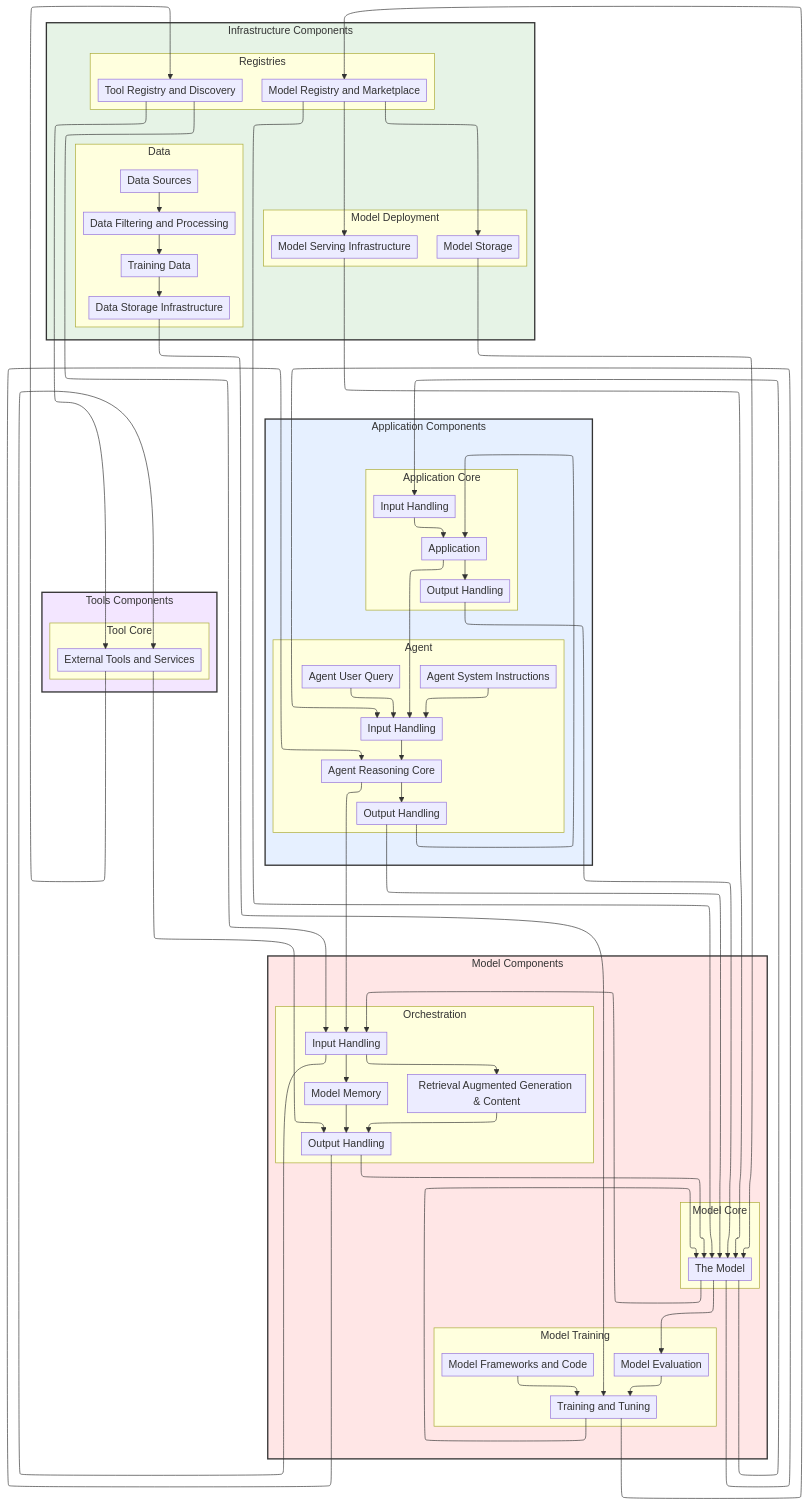
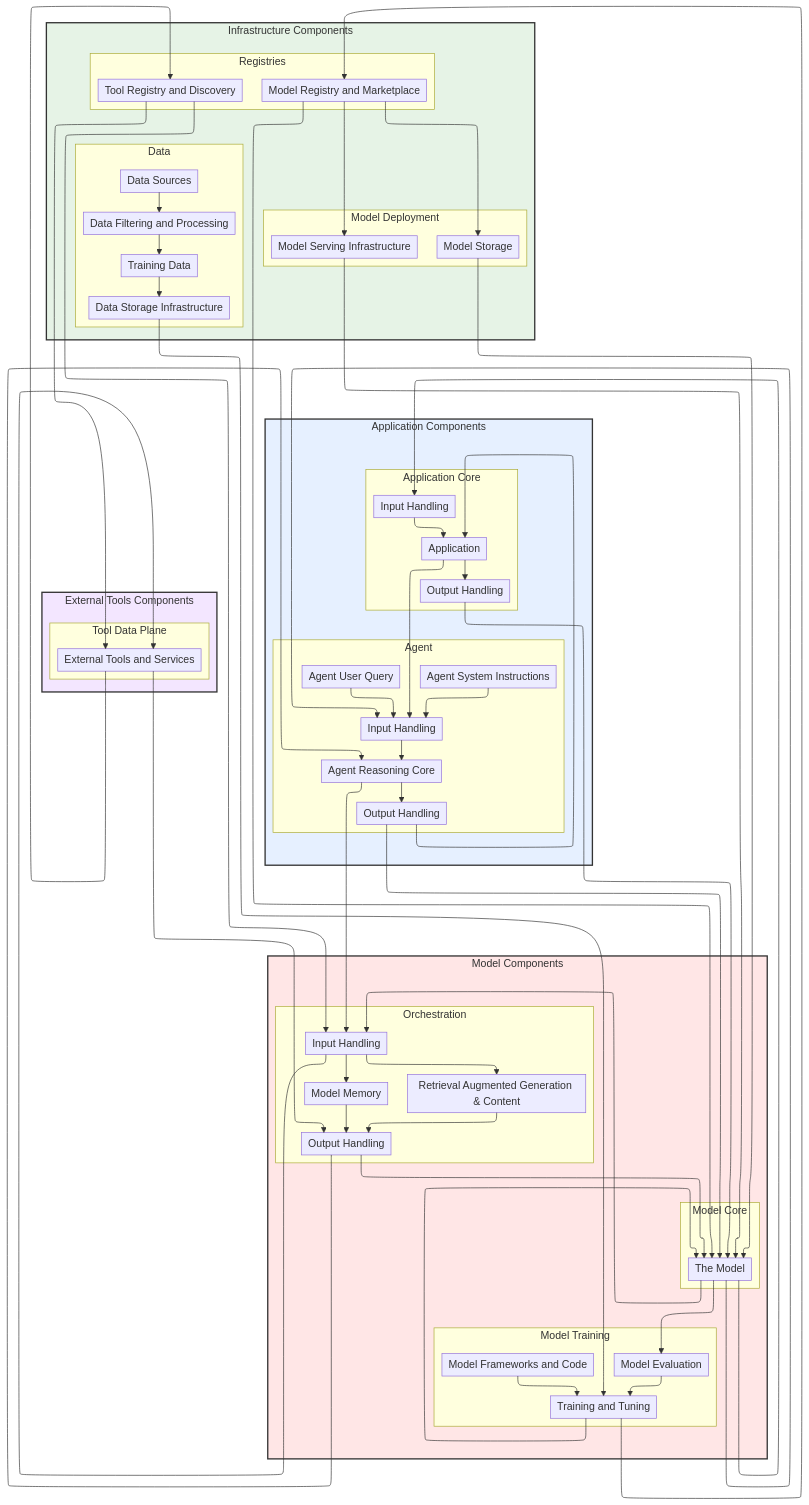
Before and after one commit to davidlabianca/secure-ai-tooling: the diagram in risk-map/diagrams/risk-map-graph.md, drawn with Mermaid. The commit also changed 35 other files, not shown here.

````diff
--- a/risk-map/diagrams/risk-map-graph.md
+++ b/risk-map/diagrams/risk-map-graph.md
@@ -61,8 +61,8 @@
         end
     end
 
-    subgraph componentsTools ["Tools Components"]
-        subgraph componentsToolCore ["Tool Core"]
+    subgraph componentsExternalTools ["External Tools Components"]
+        subgraph componentsToolDataPlane ["Tool Data Plane"]
             componentTools[External Tools and Services]
         end
     end
@@ -112,5 +112,5 @@
     style componentsInfrastructure fill:#e6f3e6,stroke:#333333,stroke-width:2px
     style componentsApplication fill:#e6f0ff,stroke:#333333,stroke-width:2px
     style componentsModel fill:#ffe6e6,stroke:#333333,stroke-width:2px
-    style componentsTools fill:#f3e6ff,stroke:#333333,stroke-width:2px
+    style componentsExternalTools fill:#f3e6ff,stroke:#333333,stroke-width:2px
 ```
````
